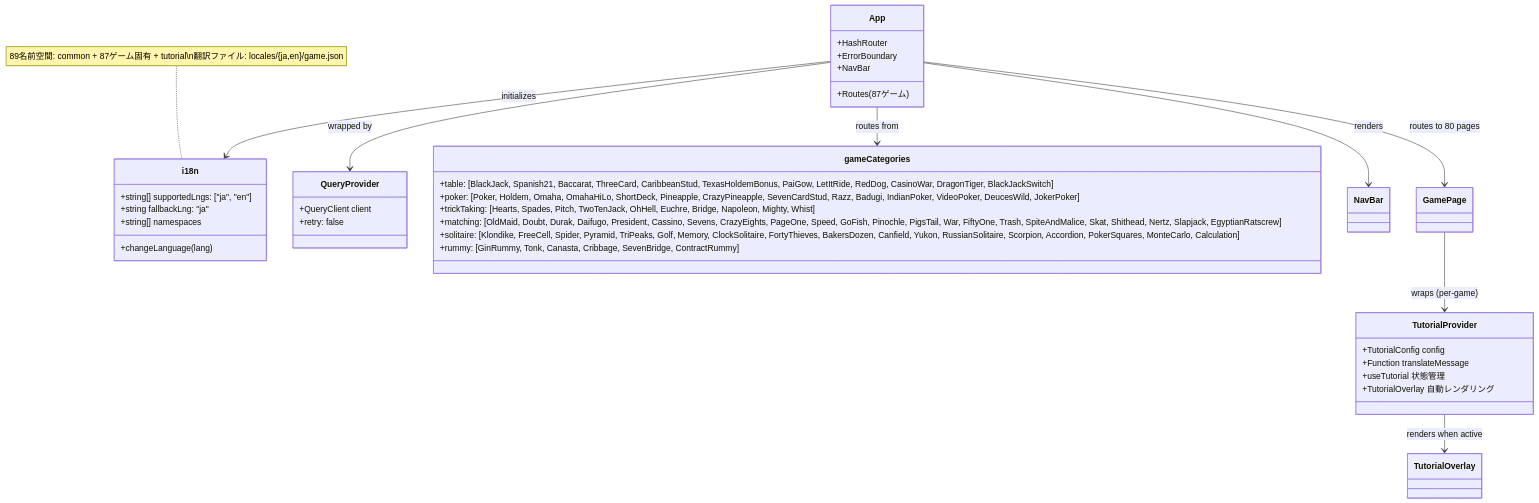
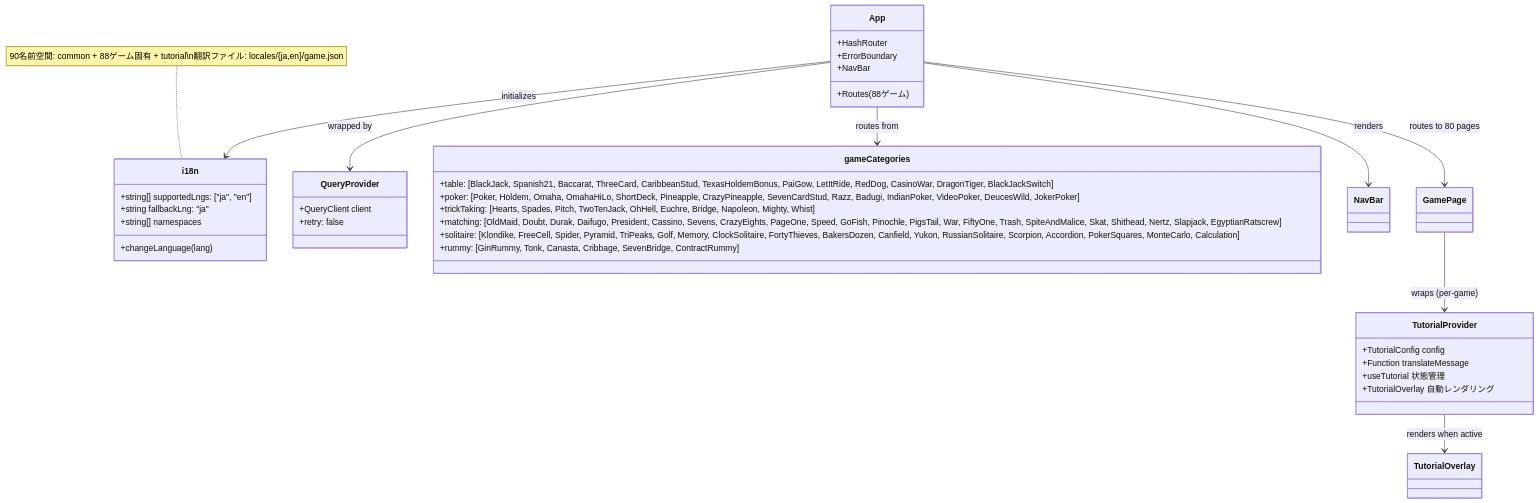
Before and after one commit to yuta-yoshinaga/go_trumpcards: the ninth of 42 diagrams in docs/design/frontend.md, drawn with Mermaid. The commit also changed other lines of this file and 51 other files, not shown here.

````diff
--- a/docs/design/frontend.md
+++ b/docs/design/frontend.md
@@ -1912,47 +1912,47 @@
 ```mermaid
 classDiagram
     class i18n {
         +string[] supportedLngs: ["ja", "en"]
         +string fallbackLng: "ja"
         +string[] namespaces
         +changeLanguage(lang)
     }
 
     class QueryProvider {
         +QueryClient client
         +retry: false
     }
 
     class App {
         +HashRouter
         +ErrorBoundary
         +NavBar
-        +Routes (87ゲーム)
+        +Routes (88ゲーム)
     }
 
     class gameCategories {
         +table: [BlackJack, Spanish21, Baccarat, ThreeCard, CaribbeanStud, TexasHoldemBonus, PaiGow, LetItRide, RedDog, CasinoWar, DragonTiger, BlackJackSwitch]
         +poker: [Poker, Holdem, Omaha, OmahaHiLo, ShortDeck, Pineapple, CrazyPineapple, SevenCardStud, Razz, Badugi, IndianPoker, VideoPoker, DeucesWild, JokerPoker]
         +trickTaking: [Hearts, Spades, Pitch, TwoTenJack, OhHell, Euchre, Bridge, Napoleon, Mighty, Whist]
         +matching: [OldMaid, Doubt, Durak, Daifugo, President, Cassino, Sevens, CrazyEights, PageOne, Speed, GoFish, Pinochle, PigsTail, War, FiftyOne, Trash, SpiteAndMalice, Skat, Shithead, Nertz, Slapjack, EgyptianRatscrew]
         +solitaire: [Klondike, FreeCell, Spider, Pyramid, TriPeaks, Golf, Memory, ClockSolitaire, FortyThieves, BakersDozen, Canfield, Yukon, RussianSolitaire, Scorpion, Accordion, PokerSquares, MonteCarlo, Calculation]
         +rummy: [GinRummy, Tonk, Canasta, Cribbage, SevenBridge, ContractRummy]
     }
 
     class TutorialProvider {
         +TutorialConfig config
         +Function translateMessage
         +useTutorial 状態管理
         +TutorialOverlay 自動レンダリング
     }
 
     App --> QueryProvider : wrapped by
     App --> i18n : initializes
     App --> gameCategories : routes from
     App --> NavBar : renders
     App --> GamePage : routes to 80 pages
     GamePage --> TutorialProvider : wraps (per-game)
     TutorialProvider --> TutorialOverlay : renders when active
 
-    note for i18n "89名前空間: common + 87ゲーム固有 + tutorial\n翻訳ファイル: locales/{ja,en}/game.json"
+    note for i18n "90名前空間: common + 88ゲーム固有 + tutorial\n翻訳ファイル: locales/{ja,en}/game.json"
 ```
````
